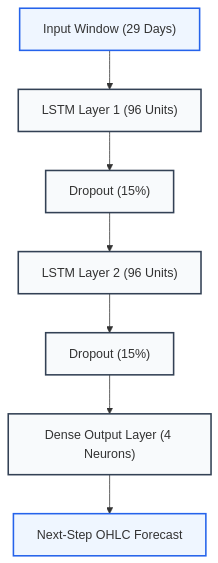
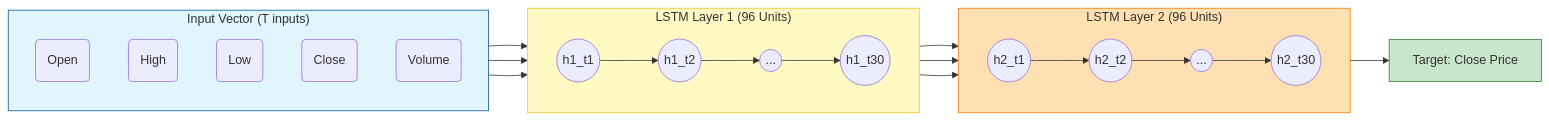
One commit to Seventie/New-York-Stock-Prediction---LSTM- changed the second of 2 diagrams in README.md. Above: the diagram before and after it, drawn with Mermaid. The commit also changed other lines of this file, not shown here.

Commit message:
Enhance Neural Architecture section in README
Expanded the section on Neural Architecture to include detailed descriptions of the Stacked LSTM structure, input channels, layer stacking, and output predictions.

````diff
--- a/README.md
+++ b/README.md
@@ -53,14 +59,40 @@
 ```mermaid
-flowchart TB
-    Input["Input Window (29 Days)"] --> LSTM1["LSTM Layer 1 (96 Units)"]
-    LSTM1 --> Drop1["Dropout (15%)"]
-    Drop1 --> LSTM2["LSTM Layer 2 (96 Units)"]
-    LSTM2 --> Drop2["Dropout (15%)"]
-    Drop2 --> Dense["Dense Output Layer (4 Neurons)"]
-    Dense --> Output["Next-Step OHLC Forecast"]
+graph LR
+    subgraph Inputs ["Input Vector (T inputs)"]
+        direction BT
+        I1(Open)
+        I2(High)
+        I3(Low)
+        I4(Close)
+        I5(Volume)
+    end
 
-    classDef layer fill:#f8fafc,stroke:#334155,stroke-width:2px;
-    classDef io fill:#eff6ff,stroke:#2563eb,stroke-width:2px;
-    class LSTM1,LSTM2,Drop1,Drop2,Dense layer;
-    class Input,Output io;
+    subgraph LSTM_Layer_1 ["LSTM Layer 1 (96 Units)"]
+        direction LR
+        L1_1((h1_t1)) --> L1_2((h1_t2)) --> L1_3((...)) --> L1_N((h1_t30))
+    end
+
+    subgraph LSTM_Layer_2 ["LSTM Layer 2 (96 Units)"]
+        direction LR
+        L2_1((h2_t1)) --> L2_2((h2_t2)) --> L2_3((...)) --> L2_N((h2_t30))
+    end
+
+    Target[Target: Close Price]
+
+    %% Connections
+    Inputs --> L1_1
+    Inputs --> L1_2
+    Inputs --> L1_N
+
+    L1_1 --> L2_1
+    L1_2 --> L2_2
+    L1_N --> L2_N
+
+    L2_N --> Target
+
+    %% Styling
+    style Inputs fill:#e1f5fe,stroke:#01579b
+    style LSTM_Layer_1 fill:#fff9c4,stroke:#fbc02d
+    style LSTM_Layer_2 fill:#ffe0b2,stroke:#f57c00
+    style Target fill:#c8e6c9,stroke:#2e7d32
 ```
````
